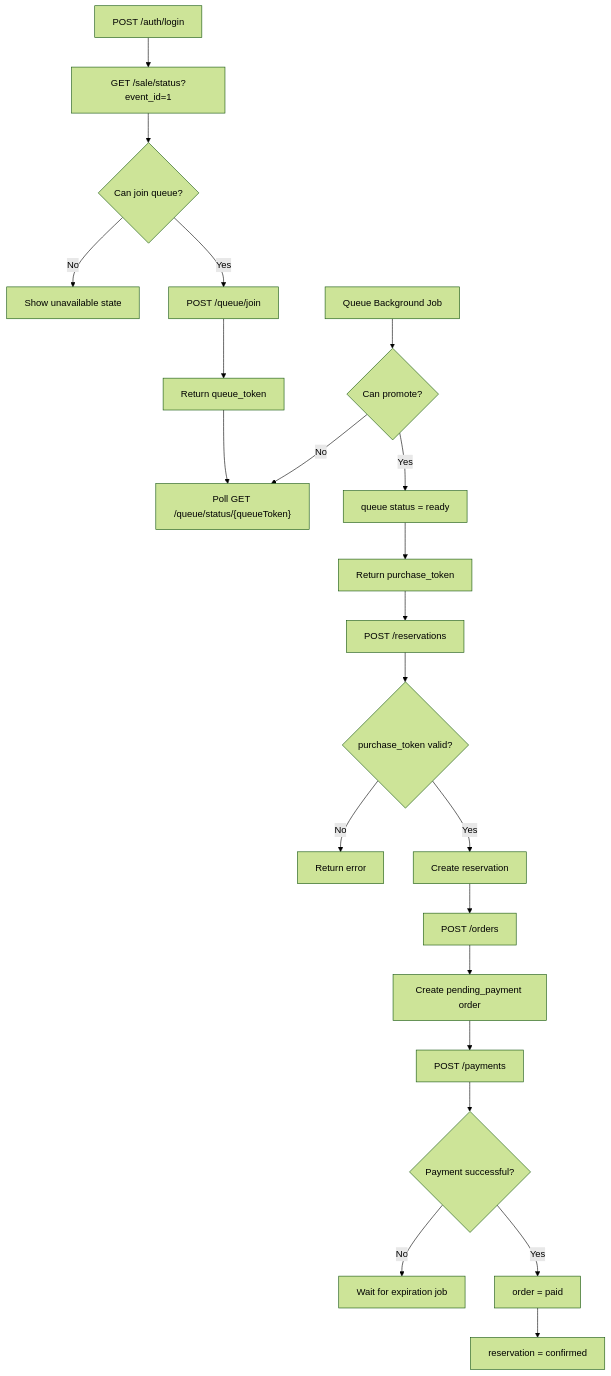
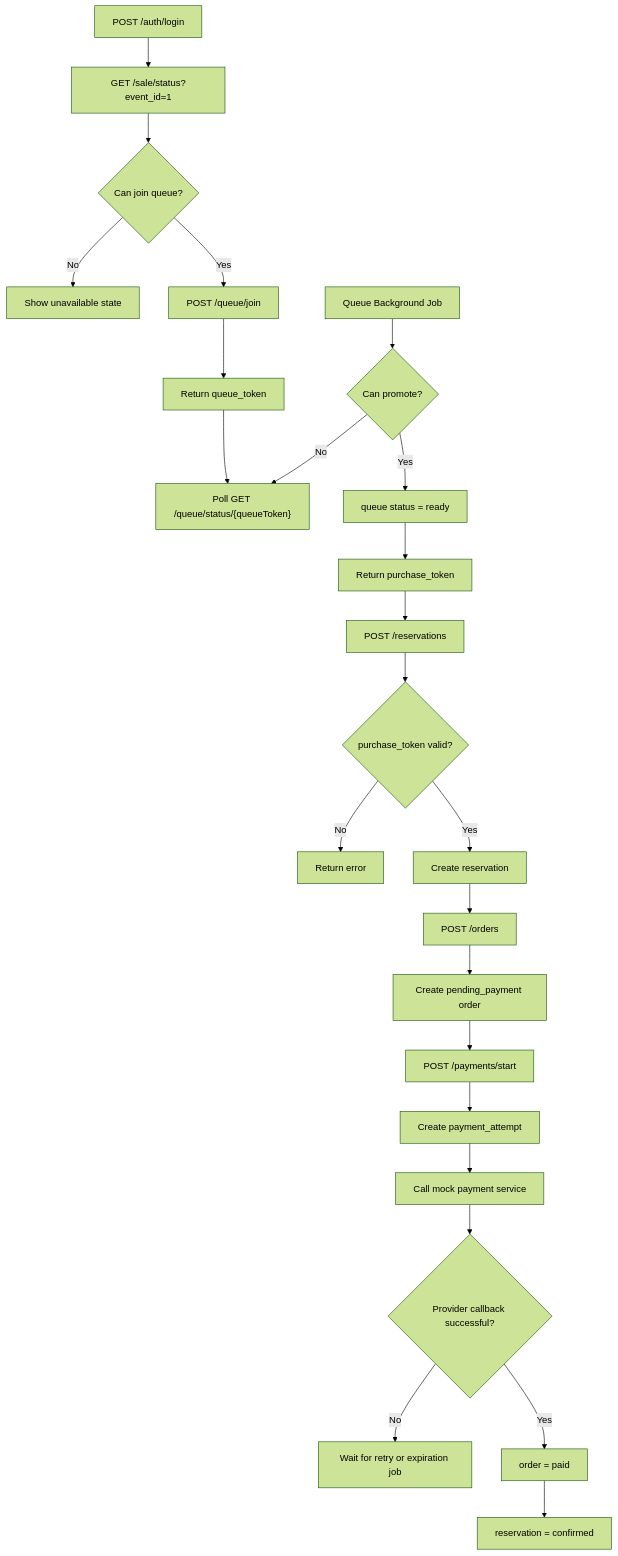
Before and after one commit to austin72905/buy-ticket: the first of 2 diagrams in doc/api-flow.md, drawn with Mermaid (forest theme). The commit also changed other lines of this file and 35 other files, not shown here.

````diff
--- a/doc/api-flow.md
+++ b/doc/api-flow.md
@@ -35,24 +35,26 @@
 ```mermaid
 flowchart TD
     A["POST /auth/login"] --> B["GET /sale/status?event_id=1"]
     B --> C{"Can join queue?"}
     C -- "No" --> X["Show unavailable state"]
     C -- "Yes" --> D["POST /queue/join"]
     D --> E["Return queue_token"]
     E --> F["Poll GET /queue/status/{queueToken}"]
     W["Queue Background Job"] --> G{"Can promote?"}
     G -- "No" --> F
     G -- "Yes" --> H["queue status = ready"]
     H --> I["Return purchase_token"]
     I --> J["POST /reservations"]
     J --> K{"purchase_token valid?"}
     K -- "No" --> Y["Return error"]
     K -- "Yes" --> L["Create reservation"]
     L --> M["POST /orders"]
     M --> N["Create pending_payment order"]
-    N --> O["POST /payments"]
-    O --> P{"Payment successful?"}
-    P -- "No" --> Q["Wait for expiration job"]
-    P -- "Yes" --> R["order = paid"]
+    N --> O["POST /payments/start"]
+    O --> P["Create payment_attempt"]
+    P --> Q["Call mock payment service"]
+    Q --> T{"Provider callback successful?"}
+    T -- "No" --> U["Wait for retry or expiration job"]
+    T -- "Yes" --> R["order = paid"]
     R --> S["reservation = confirmed"]
 ```
````
